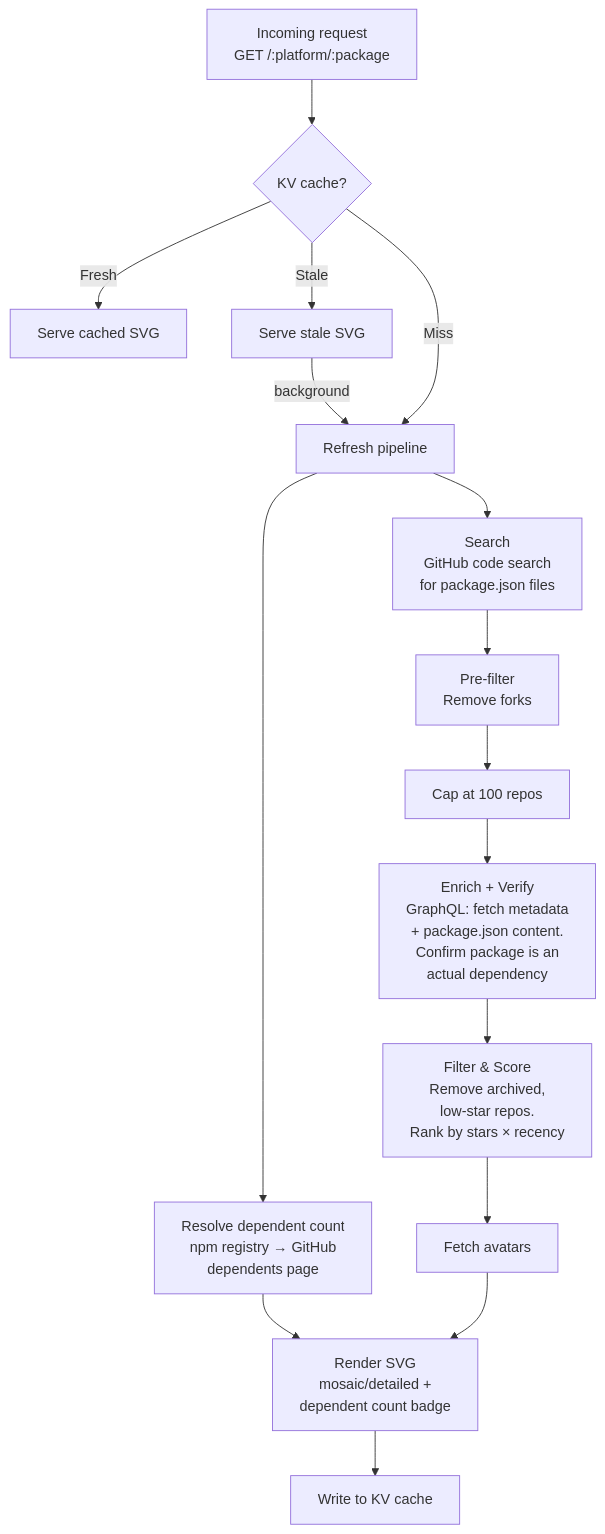
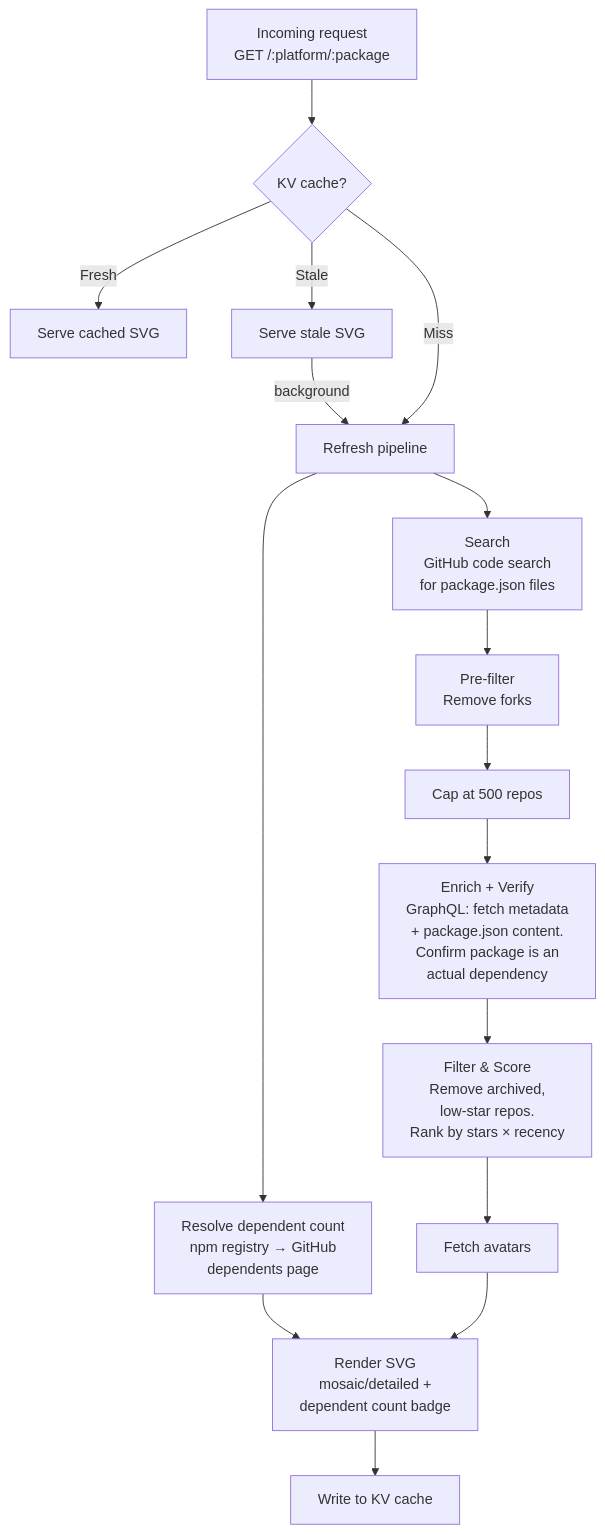
Before and after one commit to sarahdayan/usedby.dev: the diagram in apps/worker/README.md, drawn with Mermaid. The commit also changed other lines of this file, not shown here.

````diff
--- a/apps/worker/README.md
+++ b/apps/worker/README.md
@@ -7,19 +7,19 @@
 ```mermaid
 flowchart TD
     A["Incoming request<br/>GET /:platform/:package"] --> B{KV cache?}
     B -- Fresh --> C[Serve cached SVG]
     B -- Stale --> D[Serve stale SVG]
     D -- background --> E[Refresh pipeline]
     B -- Miss --> E
 
     E --> F["Search<br/>GitHub code search<br/>for package.json files"]
     E --> F2["Resolve dependent count<br/>npm registry → GitHub<br/>dependents page"]
     F --> G["Pre-filter<br/>Remove forks"]
-    G --> H["Cap at 100 repos"]
+    G --> H["Cap at 500 repos"]
     H --> I["Enrich + Verify<br/>GraphQL: fetch metadata<br/>+ package.json content.<br/>Confirm package is an<br/>actual dependency"]
     I --> J["Filter & Score<br/>Remove archived,<br/>low-star repos.<br/>Rank by stars × recency"]
     J --> K[Fetch avatars]
     F2 --> L
     K --> L["Render SVG<br/>mosaic/detailed +<br/>dependent count badge"]
     L --> M[Write to KV cache]
 ```
````
